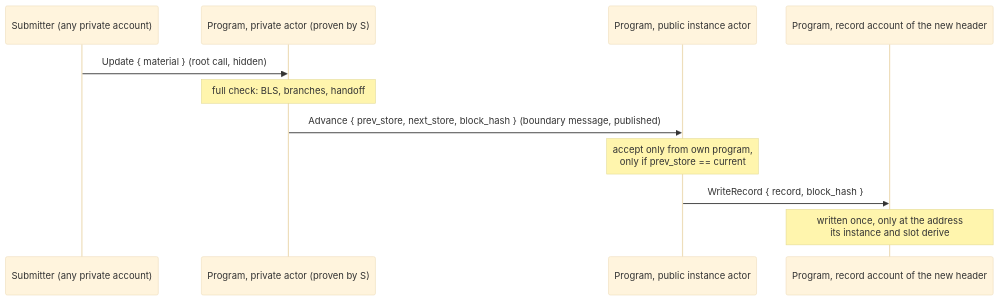
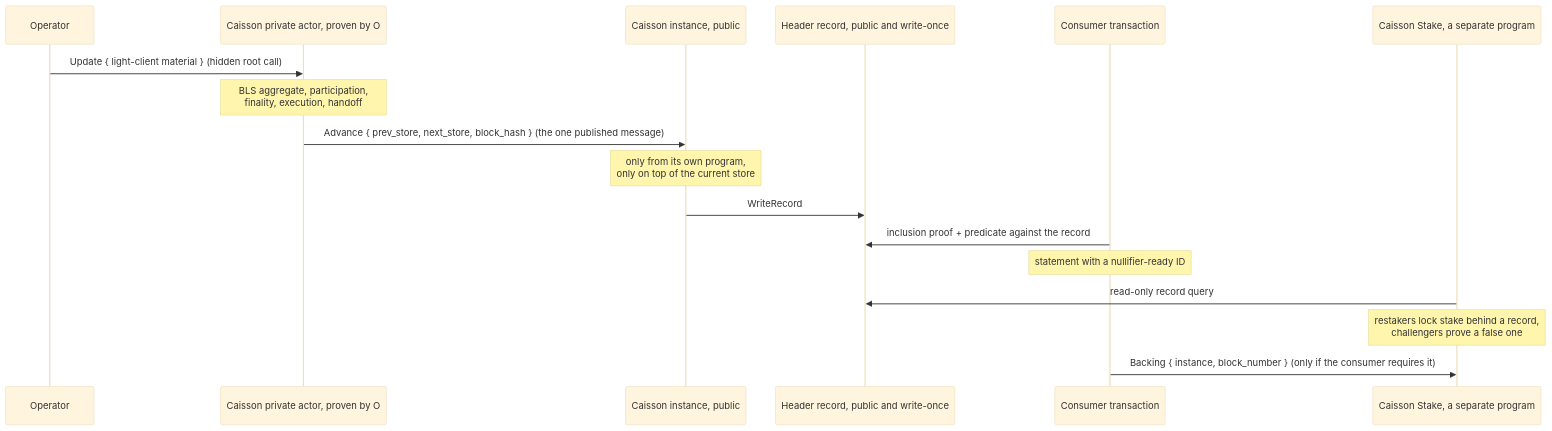
The first of 2 diagrams in submission.md (congruence/caisson), drawn with Mermaid (base theme) before and after one commit. The commit also changed other lines of this file and 17 other files, not shown here.

````diff
--- a/submission.md
+++ b/submission.md
@@ -182,13 +117,19 @@
 ```mermaid
 sequenceDiagram
-    participant S as Submitter (any private account)
-    participant P as Program, private actor (proven by S)
-    participant I as Program, public instance actor
-    S->>P: Update { material }   (root call, hidden)
-    Note over P: full check: BLS, branches, handoff
-    participant R as Program, record account of the new header
-    P->>I: Advance { prev_store, next_store, block_hash }   (boundary message, published)
-    Note over I: accept only from own program,<br/>only if prev_store == current
-    I->>R: WriteRecord { record, block_hash }
-    Note over R: written once, only at the address<br/>its instance and slot derive
+    participant O as Operator
+    participant P as Caisson private actor, proven by O
+    participant I as Caisson instance, public
+    participant R as Header record, public and write-once
+    participant C as Consumer transaction
+    participant S as Caisson Stake, a separate program
+    O->>P: Update { light-client material }  (hidden root call)
+    Note over P: BLS aggregate, participation,<br/>finality, execution, handoff
+    P->>I: Advance { prev_store, next_store, block_hash }  (the one published message)
+    Note over I: only from its own program,<br/>only on top of the current store
+    I->>R: WriteRecord
+    C->>R: inclusion proof + predicate against the record
+    Note over C: statement with a nullifier-ready ID
+    S->>R: read-only record query
+    Note over S: restakers lock stake behind a record,<br/>challengers prove a false one
+    C->>S: Backing { instance, block_number }  (only if the consumer requires it)
 ```
````
